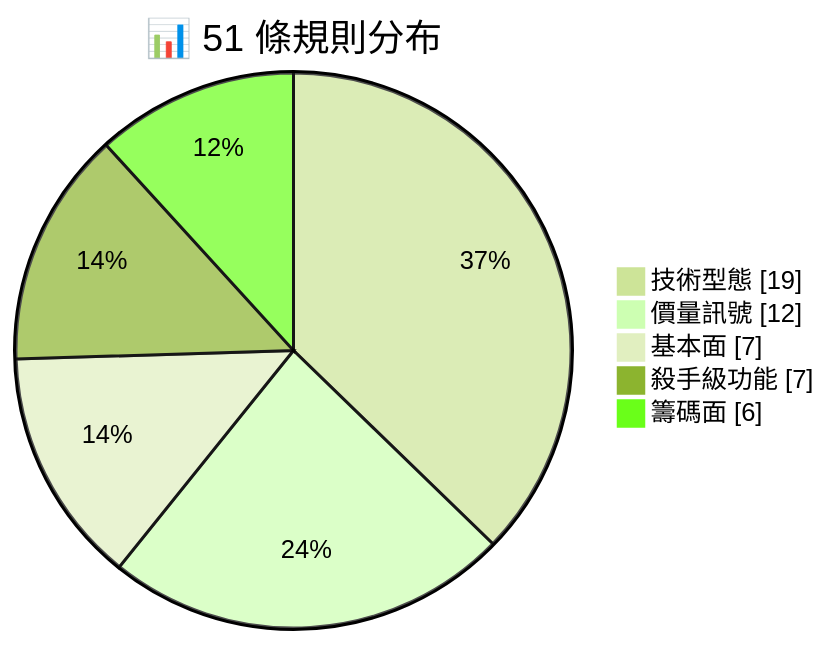
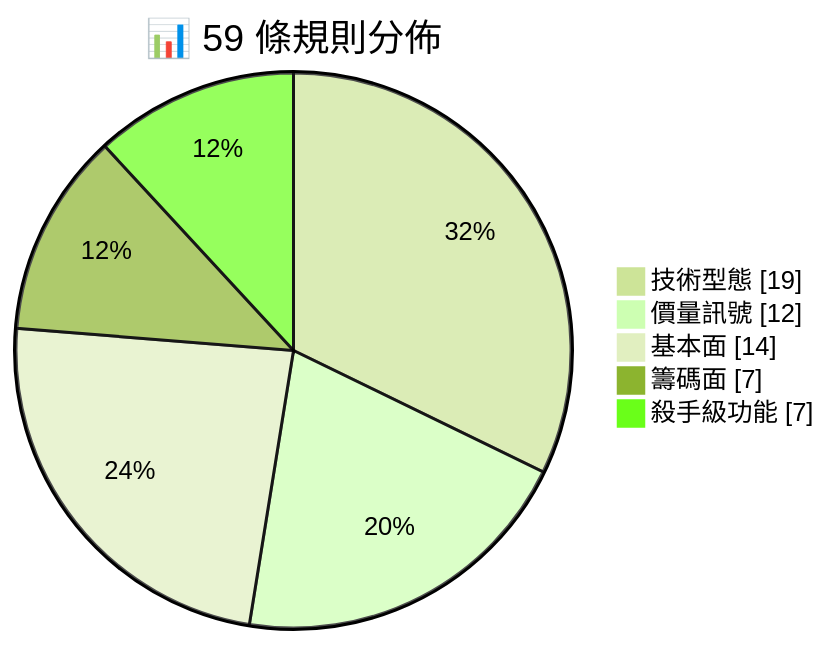
The third of 3 diagrams in README.md (Neal75418/afterclose), drawn with Mermaid (forest theme) before and after one commit. The commit also changed other lines of this file and 2 other files, not shown here.

````diff
--- a/README.md
+++ b/README.md
@@ -139,8 +149,8 @@
 ```mermaid
-pie showData title 📊 51 條規則分布
+pie showData title 📊 59 條規則分佈
     "技術型態" : 19
     "價量訊號" : 12
-    "基本面" : 7
+    "基本面" : 14
+    "籌碼面" : 7
     "殺手級功能" : 7
-    "籌碼面" : 6
 ```
````
